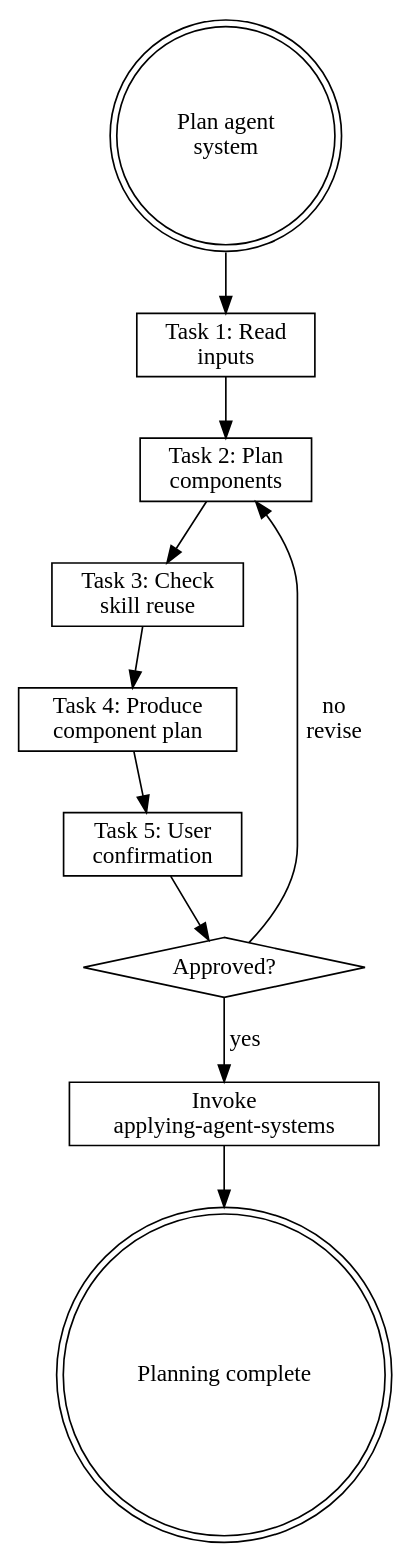
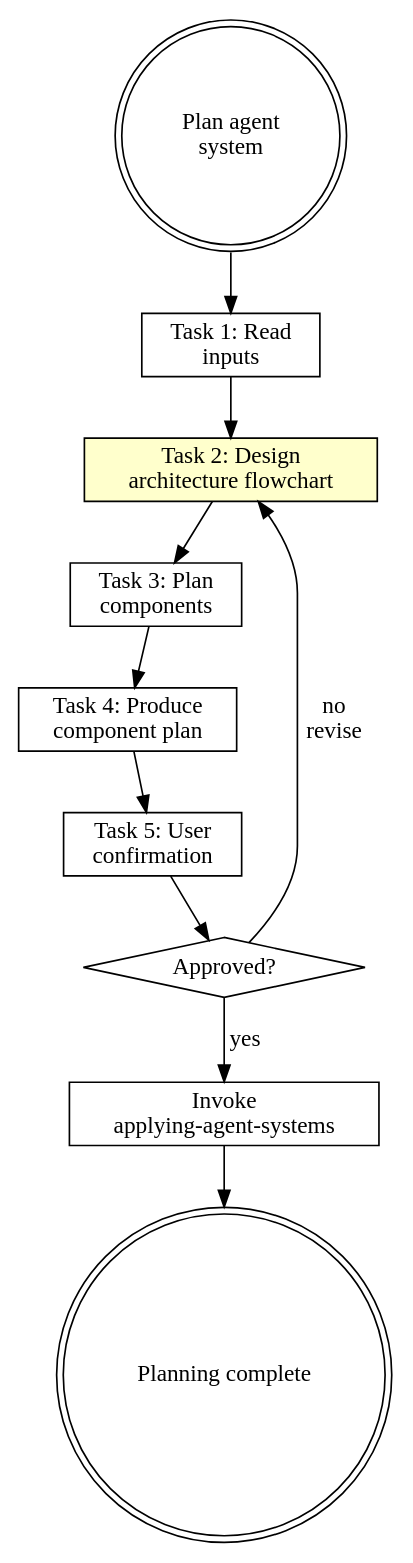
The diagram in plugins/rcc/skills/planning-agent-systems/SKILL.md (wayne930242/Reflexive-Claude-Code), drawn with Graphviz before and after one commit. The commit also changed other lines of this file and 21 other files, not shown here.

````diff
--- a/plugins/rcc/skills/planning-agent-systems/SKILL.md
+++ b/plugins/rcc/skills/planning-agent-systems/SKILL.md
@@ -207,25 +138,25 @@
 ```dot
 digraph plan_agent {
     rankdir=TB;
 
     start [label="Plan agent\nsystem", shape=doublecircle];
     read [label="Task 1: Read\ninputs", shape=box];
-    plan [label="Task 2: Plan\ncomponents", shape=box];
-    reuse [label="Task 3: Check\nskill reuse", shape=box];
+    flowchart [label="Task 2: Design\narchitecture flowchart", shape=box, style=filled, fillcolor="#ffffcc"];
+    plan [label="Task 3: Plan\ncomponents", shape=box];
     produce [label="Task 4: Produce\ncomponent plan", shape=box];
     confirm [label="Task 5: User\nconfirmation", shape=box];
     approved [label="Approved?", shape=diamond];
     handoff [label="Invoke\napplying-agent-systems", shape=box];
     done [label="Planning complete", shape=doublecircle];
 
     start -> read;
-    read -> plan;
-    plan -> reuse;
-    reuse -> produce;
+    read -> flowchart;
+    flowchart -> plan;
+    plan -> produce;
     produce -> confirm;
     confirm -> approved;
     approved -> handoff [label="yes"];
-    approved -> plan [label="no\nrevise"];
+    approved -> flowchart [label="no\nrevise"];
     handoff -> done;
 }
 ```
````
